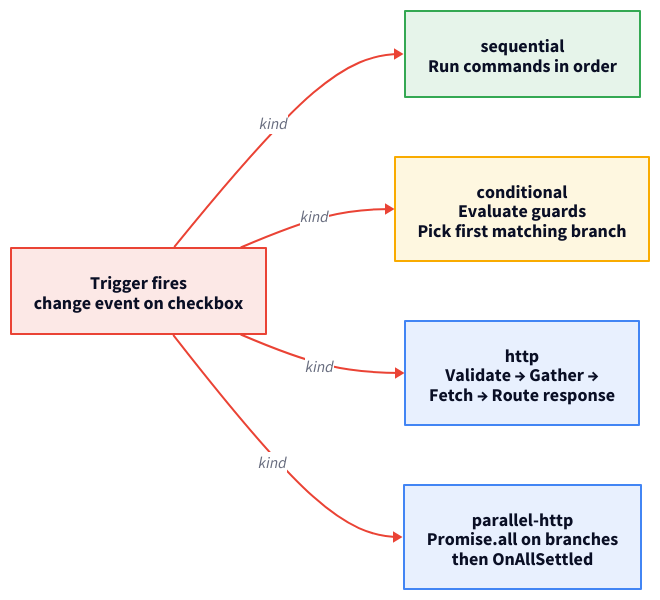
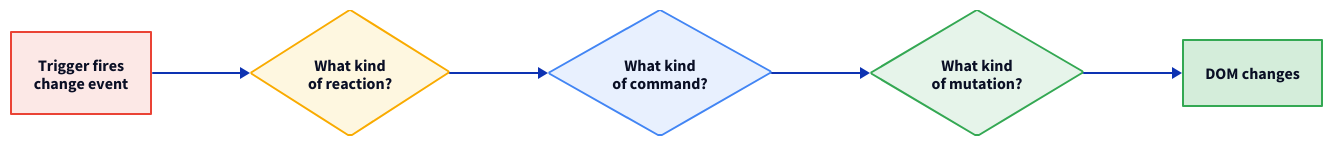
The second of 2 diagrams in docs-site/src/content/docs/architecture/runtime.mdx (marafiq/alis-reactive), drawn with D2 before and after one commit. The commit also changed other lines of this file, not shown here.

First line of the commit message:
docs: rewrite command execution as guided narrative with decision diamond

````diff
--- a/docs-site/src/content/docs/architecture/runtime.mdx
+++ b/docs-site/src/content/docs/architecture/runtime.mdx
@@ -101,47 +99,39 @@
 ```d2
 direction: right
 
-trigger: "Trigger fires\nchange event on checkbox" {
+trigger: "Trigger fires\nchange event" {
   shape: rectangle
   style.fill: "#fce8e6"
   style.stroke: "#ea4335"
-  style.font-size: 18
+  style.font-size: 16
 }
-sequential: "sequential\nRun commands in order" {
-  shape: rectangle
+reaction: "What kind\nof reaction?" {
+  shape: diamond
+  style.fill: "#fef7e0"
+  style.stroke: "#f9ab00"
+  style.font-size: 16
+}
+command: "What kind\nof command?" {
+  shape: diamond
+  style.fill: "#e8f0fe"
+  style.stroke: "#4285f4"
+  style.font-size: 16
+}
+mutation: "What kind\nof mutation?" {
+  shape: diamond
   style.fill: "#e6f4ea"
   style.stroke: "#34a853"
-  style.font-size: 18
+  style.font-size: 16
 }
-conditional: "conditional\nEvaluate guards\nPick first matching branch" {
+dom: "DOM changes" {
   shape: rectangle
-  style.fill: "#fef7e0"
-  style.stroke: "#f9ab00"
-  style.font-size: 18
-}
-http: "http\nValidate → Gather →\nFetch → Route response" {
-  shape: rectangle
-  style.fill: "#e8f0fe"
-  style.stroke: "#4285f4"
-  style.font-size: 18
-}
-parallel: "parallel-http\nPromise.all on branches\nthen OnAllSettled" {
-  shape: rectangle
-  style.fill: "#e8f0fe"
-  style.stroke: "#4285f4"
-  style.font-size: 18
+  style.fill: "#d4edda"
+  style.stroke: "#34a853"
+  style.font-size: 16
 }
 
-trigger -> sequential: kind {
-  style.stroke: "#ea4335"
-}
-trigger -> conditional: kind {
-  style.stroke: "#ea4335"
-}
-trigger -> http: kind {
-  style.stroke: "#ea4335"
-}
-trigger -> parallel: kind {
-  style.stroke: "#ea4335"
-}
+trigger -> reaction
+reaction -> command
+command -> mutation
+mutation -> dom
 ```
````
